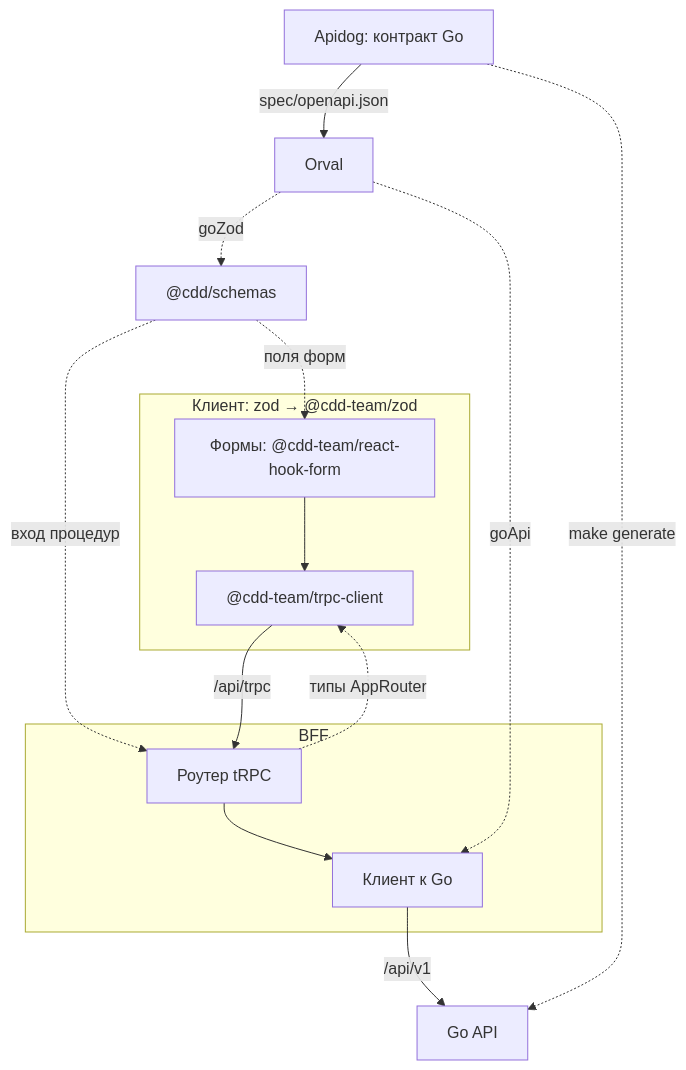
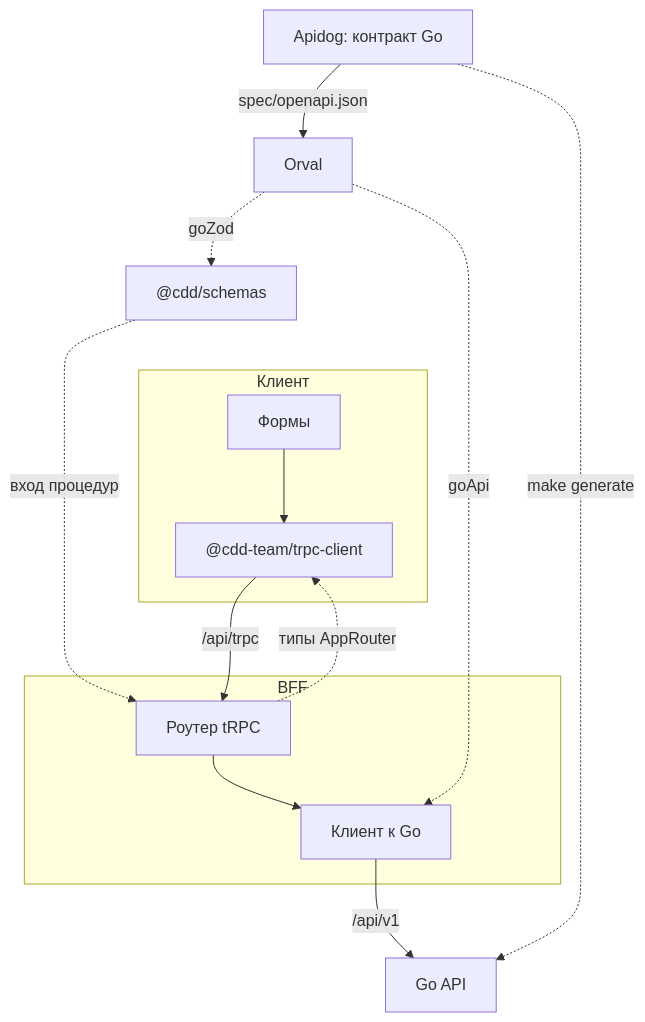
One commit to Cringe-Driven-Development-Team/docs changed the first of 4 diagrams in site/modules/2/tracks/bff.md. Above: the diagram before and after it, drawn with Mermaid. The commit also changed other lines of this file and 8 other files, not shown here.

Commit message:
feat(modules): модуль №3 — свой Zod и React Hook Form; в модуле №2 схемы Orval только в BFF

````diff
--- a/site/modules/2/tracks/bff.md
+++ b/site/modules/2/tracks/bff.md
@@ -26,18 +26,18 @@
 ```mermaid
 flowchart TB
     D["Apidog: контракт Go"] -->|"spec/openapi.json"| O["Orval"]
     O -.->|"goZod"| Z["@cdd/schemas"]
-    subgraph CL["Клиент: zod → @cdd-team/zod"]
-        F["Формы: @cdd-team/react-hook-form"] --> T["@cdd-team/trpc-client"]
+    subgraph CL["Клиент"]
+        F["Формы"] --> T["@cdd-team/trpc-client"]
     end
     subgraph SRV["BFF"]
         R["Роутер tRPC"] --> GC["Клиент к Go"]
     end
     O -.->|"goApi"| GC
-    Z -.->|"поля форм"| F
+    Z ~~~ F
     Z -.->|"вход процедур"| R
     R -.->|"типы AppRouter"| T
     T -->|"/api/trpc"| R
     GC -->|"/api/v1"| G["Go API"]
     D -.->|"make generate"| G
 ```
````
